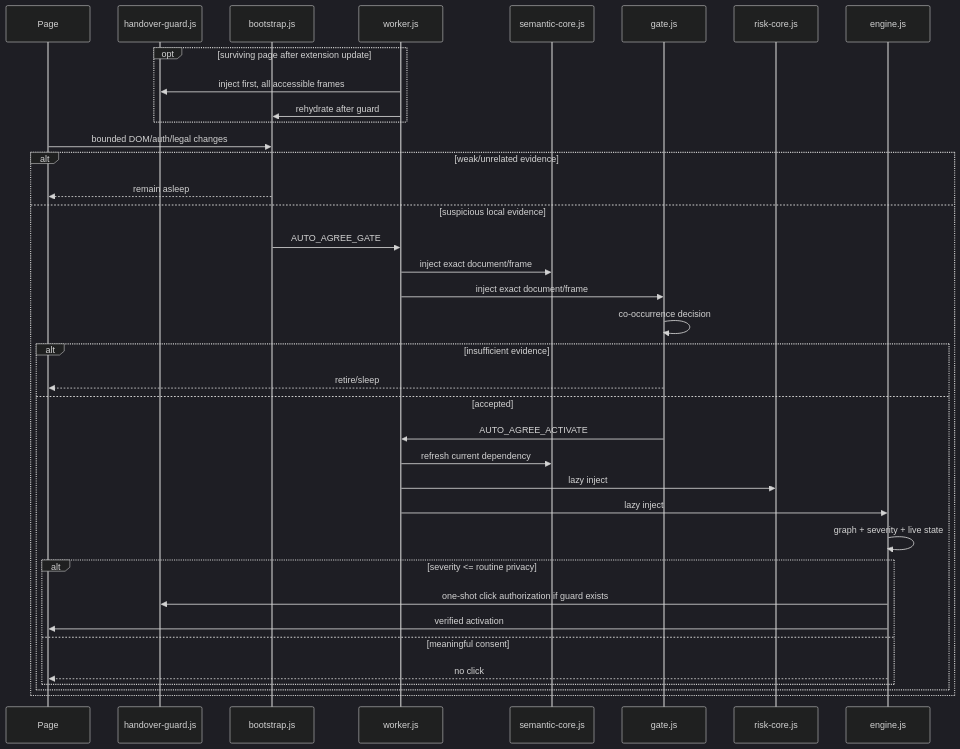
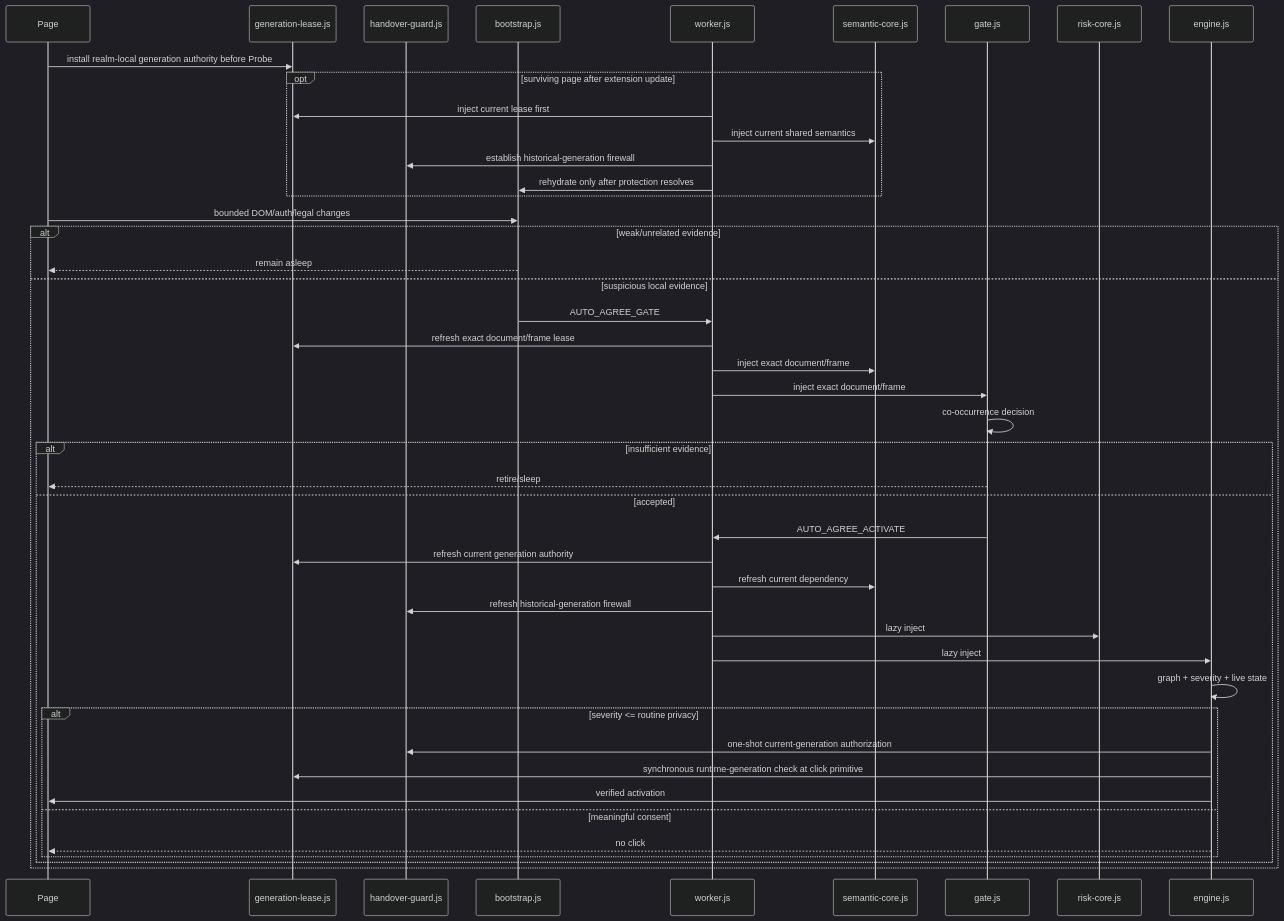
Before and after one commit to QzCrane/auto-agree: the diagram in docs/architecture.md, drawn with Mermaid (dark theme). The commit also changed other lines of this file and 32 other files, not shown here.

First line of the commit message:
feat: converge AutoAgree v10 generation authority and release invariants

````diff
--- a/docs/architecture.md
+++ b/docs/architecture.md
@@ -15,41 +15,49 @@
 ```mermaid
 sequenceDiagram
   participant Page
+  participant Lease as generation-lease.js
   participant Guard as handover-guard.js
   participant Probe as bootstrap.js
   participant Worker as worker.js
   participant Core as semantic-core.js
   participant Gate as gate.js
   participant Risk as risk-core.js
   participant Engine as engine.js
 
+  Page->>Lease: install realm-local generation authority before Probe
   opt surviving page after extension update
-    Worker->>Guard: inject first, all accessible frames
-    Worker->>Probe: rehydrate after guard
+    Worker->>Lease: inject current lease first
+    Worker->>Core: inject current shared semantics
+    Worker->>Guard: establish historical-generation firewall
+    Worker->>Probe: rehydrate only after protection resolves
   end
 
   Page->>Probe: bounded DOM/auth/legal changes
   alt weak/unrelated evidence
     Probe-->>Page: remain asleep
   else suspicious local evidence
     Probe->>Worker: AUTO_AGREE_GATE
+    Worker->>Lease: refresh exact document/frame lease
     Worker->>Core: inject exact document/frame
     Worker->>Gate: inject exact document/frame
     Gate->>Gate: co-occurrence decision
     alt insufficient evidence
       Gate-->>Page: retire/sleep
     else accepted
       Gate->>Worker: AUTO_AGREE_ACTIVATE
+      Worker->>Lease: refresh current generation authority
       Worker->>Core: refresh current dependency
+      Worker->>Guard: refresh historical-generation firewall
       Worker->>Risk: lazy inject
       Worker->>Engine: lazy inject
       Engine->>Engine: graph + severity + live state
       alt severity <= routine privacy
-        Engine->>Guard: one-shot click authorization if guard exists
+        Engine->>Guard: one-shot current-generation authorization
+        Engine->>Lease: synchronous runtime-generation check at click primitive
         Engine->>Page: verified activation
       else meaningful consent
         Engine-->>Page: no click
       end
     end
   end
 ```
````
